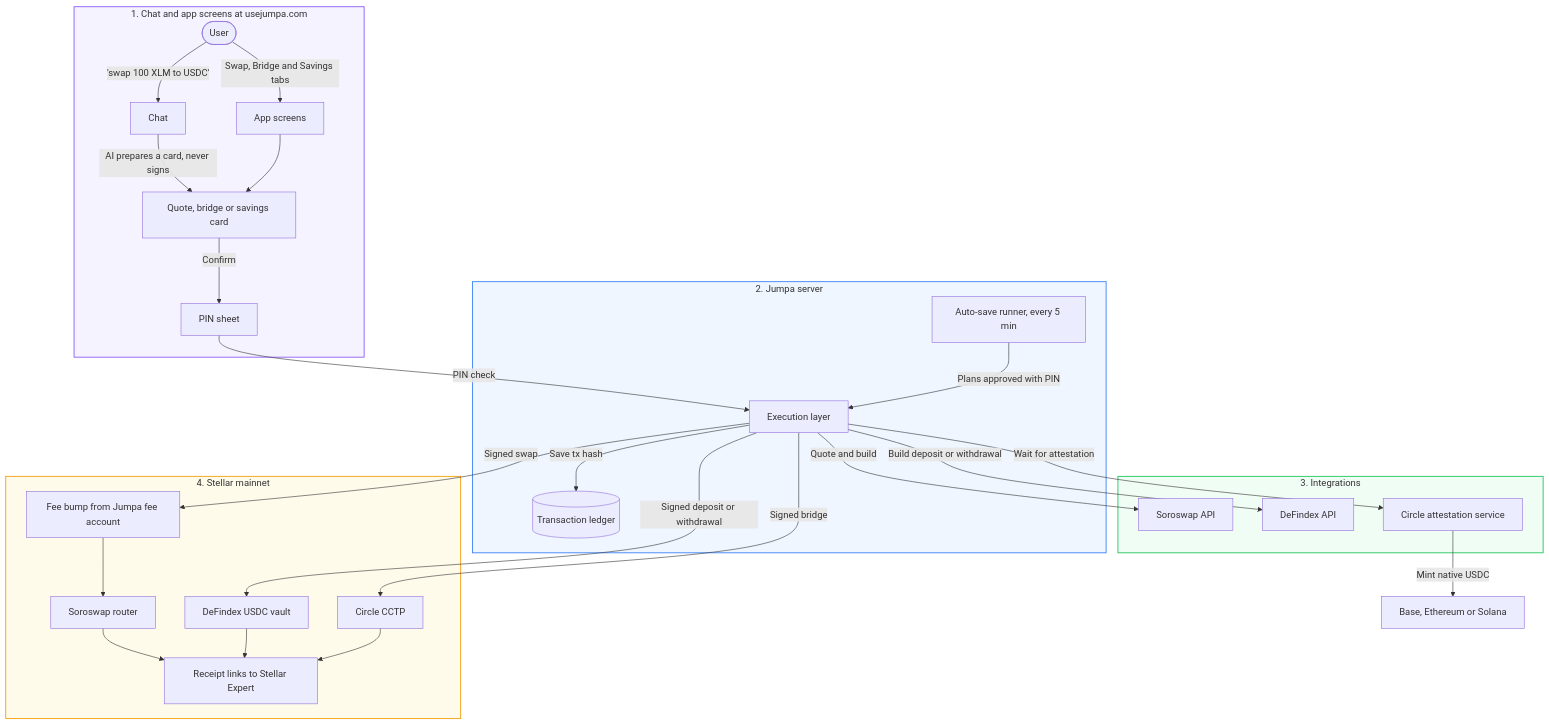
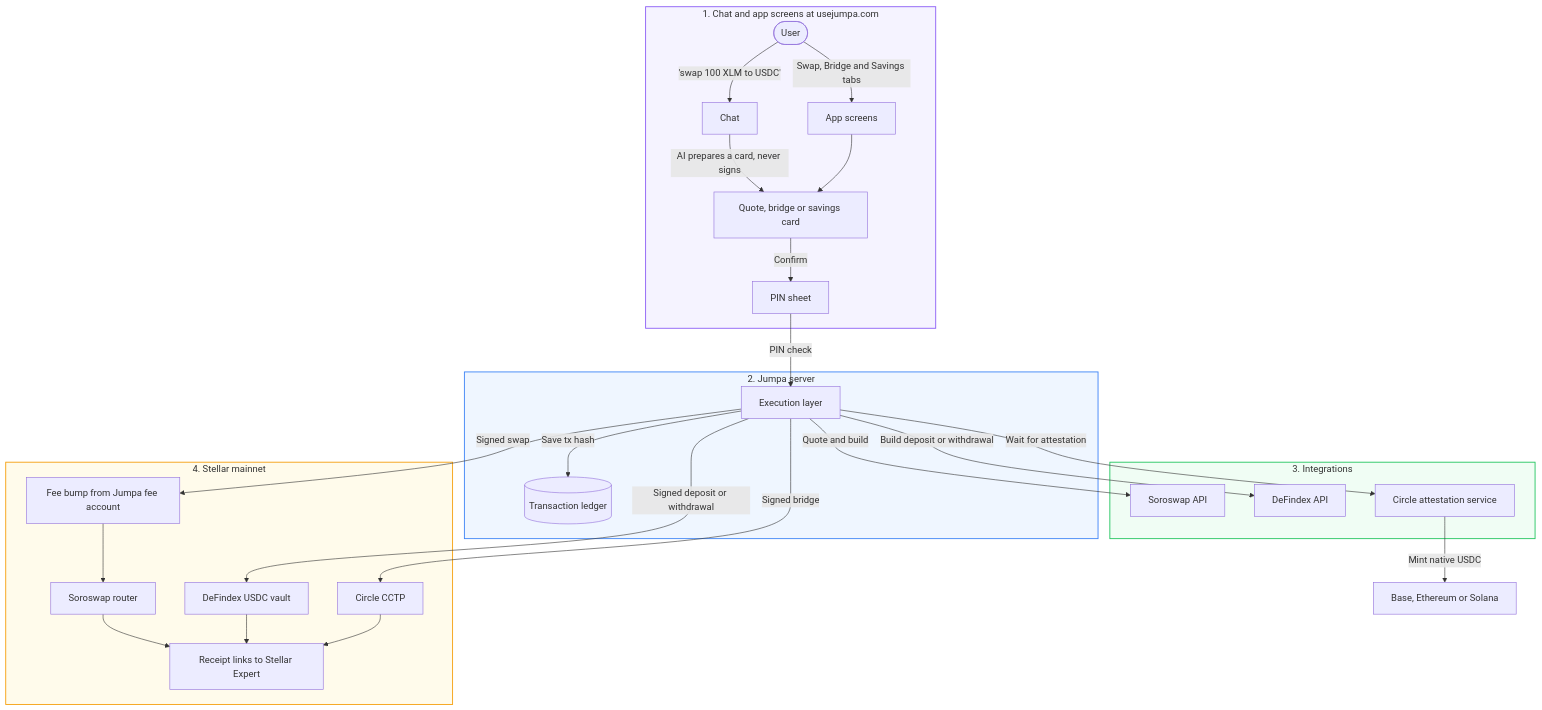
Before and after one commit to official-jumpa/jumpa-web-app: the diagram in docs/TRANCHE_3_COMPLETE.md, drawn with Mermaid. The commit also changed other lines of this file and 2 other files, not shown here.

Commit message:
docs: drop USDC auto-save from the docs

````diff
--- a/docs/TRANCHE_3_COMPLETE.md
+++ b/docs/TRANCHE_3_COMPLETE.md
@@ -67,44 +67,43 @@
 ```mermaid
 flowchart TD
     subgraph App ["1. Chat and app screens at usejumpa.com"]
         User(["User"]) -->|"'swap 100 XLM to USDC'"| Chat["Chat"]
         User -->|"Swap, Bridge and Savings tabs"| Screens["App screens"]
         Chat -->|"AI prepares a card, never signs"| Card["Quote, bridge or savings card"]
         Screens --> Card
         Card -->|"Confirm"| Pin["PIN sheet"]
     end
 
     subgraph Server ["2. Jumpa server"]
         Pin -->|"PIN check"| Exec["Execution layer"]
-        Cron["Auto-save runner, every 5 min"] -->|"Plans approved with PIN"| Exec
         Exec -->|"Save tx hash"| Ledger[("Transaction ledger")]
     end
 
     subgraph Integrations ["3. Integrations"]
         Exec -->|"Quote and build"| SoroswapAPI["Soroswap API"]
         Exec -->|"Build deposit or withdrawal"| DeFindexAPI["DeFindex API"]
         Exec -->|"Wait for attestation"| Iris["Circle attestation service"]
     end
 
     subgraph Mainnet ["4. Stellar mainnet"]
         Exec -->|"Signed swap"| FeeBump["Fee bump from Jumpa fee account"]
         FeeBump --> Router["Soroswap router"]
         Exec -->|"Signed deposit or withdrawal"| Vault["DeFindex USDC vault"]
         Exec -->|"Signed bridge"| Messenger["Circle CCTP"]
         Router --> Explorer["Receipt links to Stellar Expert"]
         Vault --> Explorer
         Messenger --> Explorer
     end
 
     Iris -->|"Mint native USDC"| Dest["Base, Ethereum or Solana"]
 
     classDef ui fill:#f5f3ff,stroke:#8b5cf6,stroke-width:1.5px;
     classDef server fill:#eff6ff,stroke:#3b82f6,stroke-width:1.5px;
     classDef proto fill:#f0fdf4,stroke:#22c55e,stroke-width:1.5px;
     classDef chain fill:#fffbeb,stroke:#f59e0b,stroke-width:1.5px;
 
     class App ui;
     class Server server;
     class Integrations proto;
     class Mainnet chain;
 ```
````
